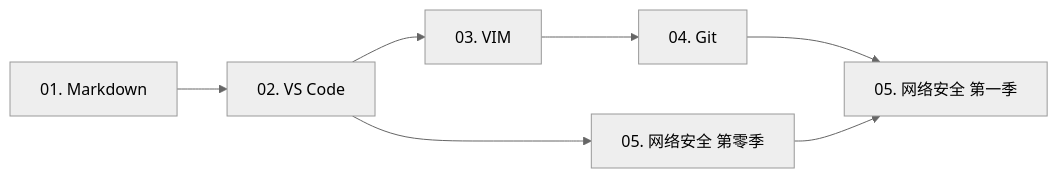
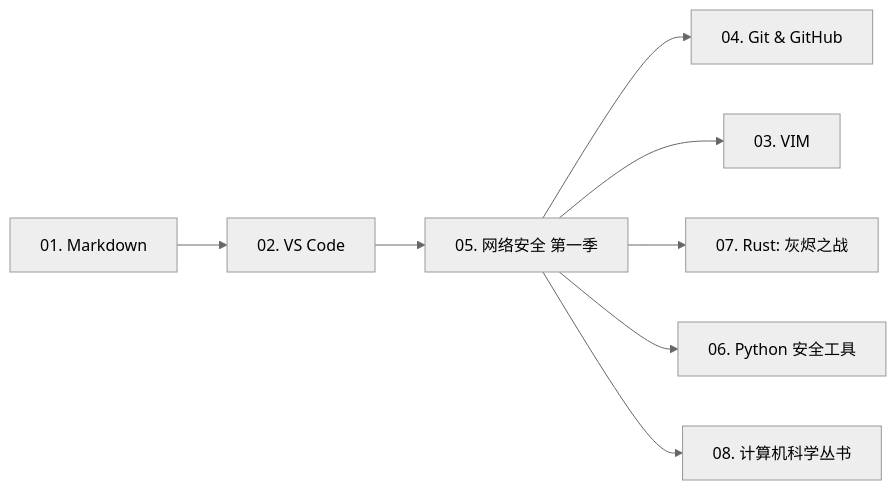
One commit to TheSilentOne-creator/The-Book-of-the-Night-Keeper changed the first of 2 diagrams in README.md. Above: the diagram before and after it, drawn with Mermaid (neutral theme). The commit also changed other lines of this file and 4 other files, not shown here.

````diff
--- a/README.md
+++ b/README.md
@@ -136,9 +158,10 @@
 ```mermaid
 flowchart LR
     A[01. Markdown] --> B[02. VS Code]
-    B --> C[03. VIM]
-    B --> D[05. 网络安全 第零季]
-    C --> E[04. Git]
-    E --> F[05. 网络安全 第一季]
-    D --> F[05. 网络安全 第一季]
+    B --> C[05. 网络安全 第一季]
+    C --> D[04. Git & GitHub]
+    C --> E[03. VIM]
+    C --> F[07. Rust: 灰烬之战]
+    C --> G[06. Python 安全工具]
+    C --> H[08. 计算机科学丛书]
 ```
````
